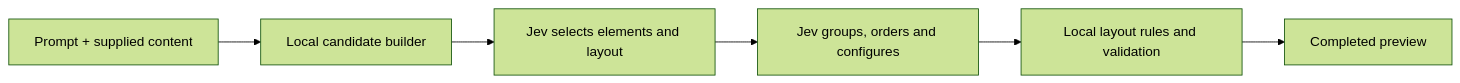
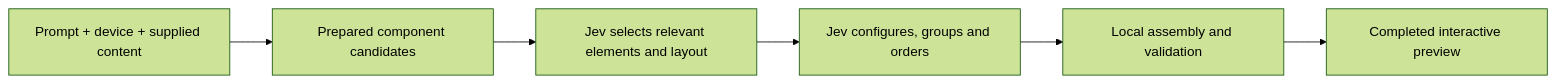
Before and after one commit to hckmstrrahul/jeverative-ui: the first of 2 diagrams in README.md, drawn with Mermaid (forest theme). The commit also changed other lines of this file, not shown here.

Commit message:
Rewrite README around Jev-first generation and optional Hybrid

````diff
--- a/README.md
+++ b/README.md
@@ -21,8 +11,8 @@
 ```mermaid
 flowchart LR
-  A[Prompt + supplied content] --> B[Local candidate builder]
-  B --> C[Jev selects elements and layout]
-  C --> D[Jev groups, orders and configures]
-  D --> E[Local layout rules and validation]
-  E --> F[Completed preview]
+  A[Prompt + device + supplied content] --> B[Prepared component candidates]
+  B --> C[Jev selects relevant elements and layout]
+  C --> D[Jev configures, groups and orders]
+  D --> E[Local assembly and validation]
+  E --> F[Completed interactive preview]
 ```
````
